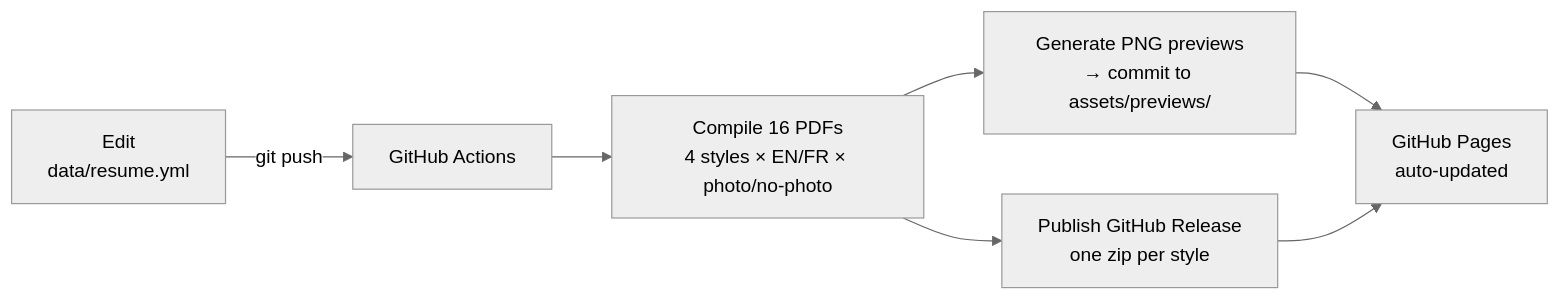
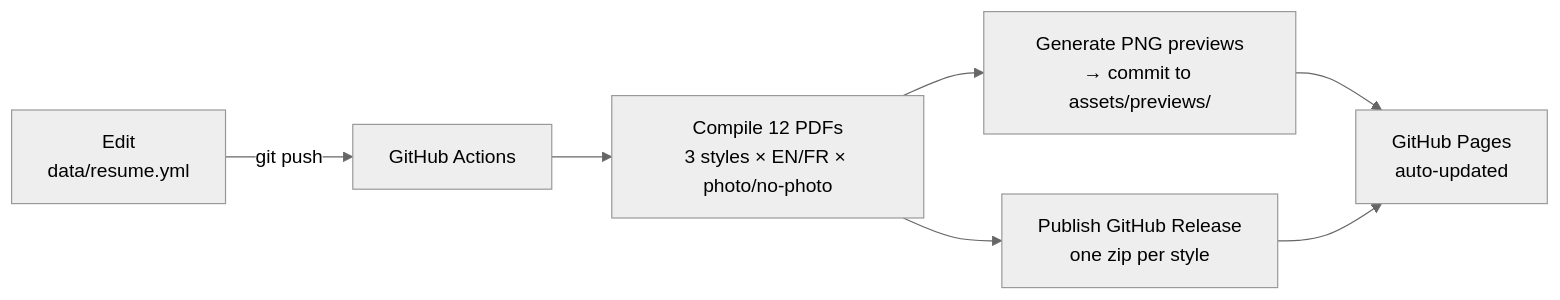
One commit to antoinedenovembre/resume changed the diagram in README.md. Above: the diagram before and after it, drawn with Mermaid (neutral theme). The commit also changed other lines of this file and 17 other files, not shown here.

First line of the commit message:
feat(styles): drop the minimal style, keep the sidebar photo rectangular

````diff
--- a/README.md
+++ b/README.md
@@ -54,9 +49,9 @@
 ```mermaid
 flowchart LR
     A["Edit\ndata/resume.yml"] -->|git push| B["GitHub Actions"]
-    B --> C["Compile 16 PDFs\n4 styles × EN/FR × photo/no-photo"]
+    B --> C["Compile 12 PDFs\n3 styles × EN/FR × photo/no-photo"]
     C --> D["Generate PNG previews\n→ commit to assets/previews/"]
     C --> E["Publish GitHub Release\none zip per style"]
     D --> F["GitHub Pages\nauto-updated"]
     E --> F
 ```
````
